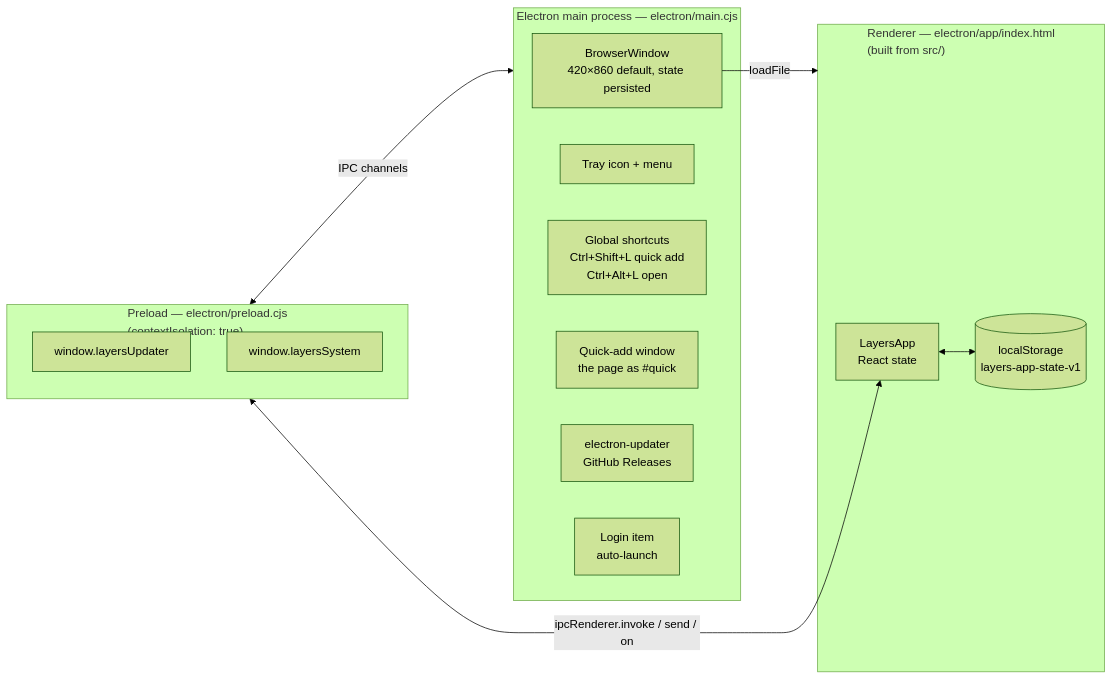
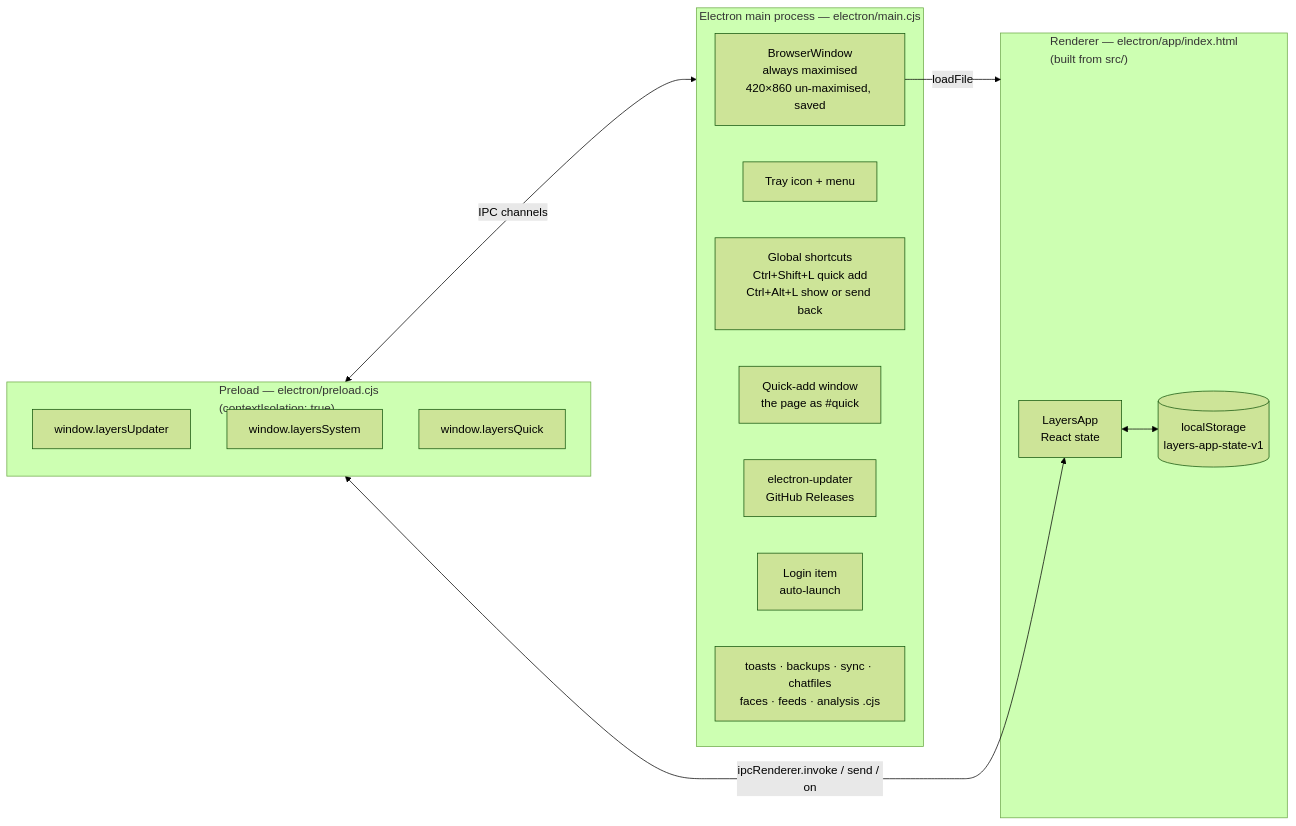
Before and after one commit to CastledRuby/layers-app: the first of 3 diagrams in docs/architecture.md, drawn with Mermaid (forest theme). The commit also changed other lines of this file and 11 other files, not shown here.

````diff
--- a/docs/architecture.md
+++ b/docs/architecture.md
@@ -17,23 +22,25 @@
 ```mermaid
 flowchart LR
   subgraph Main["Electron main process — electron/main.cjs"]
-    W[BrowserWindow<br/>420×860 default, state persisted]
+    W[BrowserWindow<br/>always maximised<br/>420×860 un-maximised, saved]
     T[Tray icon + menu]
-    G[Global shortcuts<br/>Ctrl+Shift+L quick add<br/>Ctrl+Alt+L open]
+    G[Global shortcuts<br/>Ctrl+Shift+L quick add<br/>Ctrl+Alt+L show or send back]
     Q[Quick-add window<br/>the page as #quick]
     U[electron-updater<br/>GitHub Releases]
     A[Login item<br/>auto-launch]
+    M[toasts · backups · sync · chatfiles<br/>faces · feeds · analysis .cjs]
   end
   subgraph Preload["Preload — electron/preload.cjs<br/>(contextIsolation: true)"]
     LU[window.layersUpdater]
     LS[window.layersSystem]
+    LQ[window.layersQuick]
   end
   subgraph Renderer["Renderer — electron/app/index.html<br/>(built from src/)"]
     R[LayersApp<br/>React state]
     LSTORE[(localStorage<br/>layers-app-state-v1)]
   end
   W -- loadFile --> Renderer
   R <-- ipcRenderer.invoke / send / on --> Preload
   Preload <-- IPC channels --> Main
   R <--> LSTORE
 ```
````
